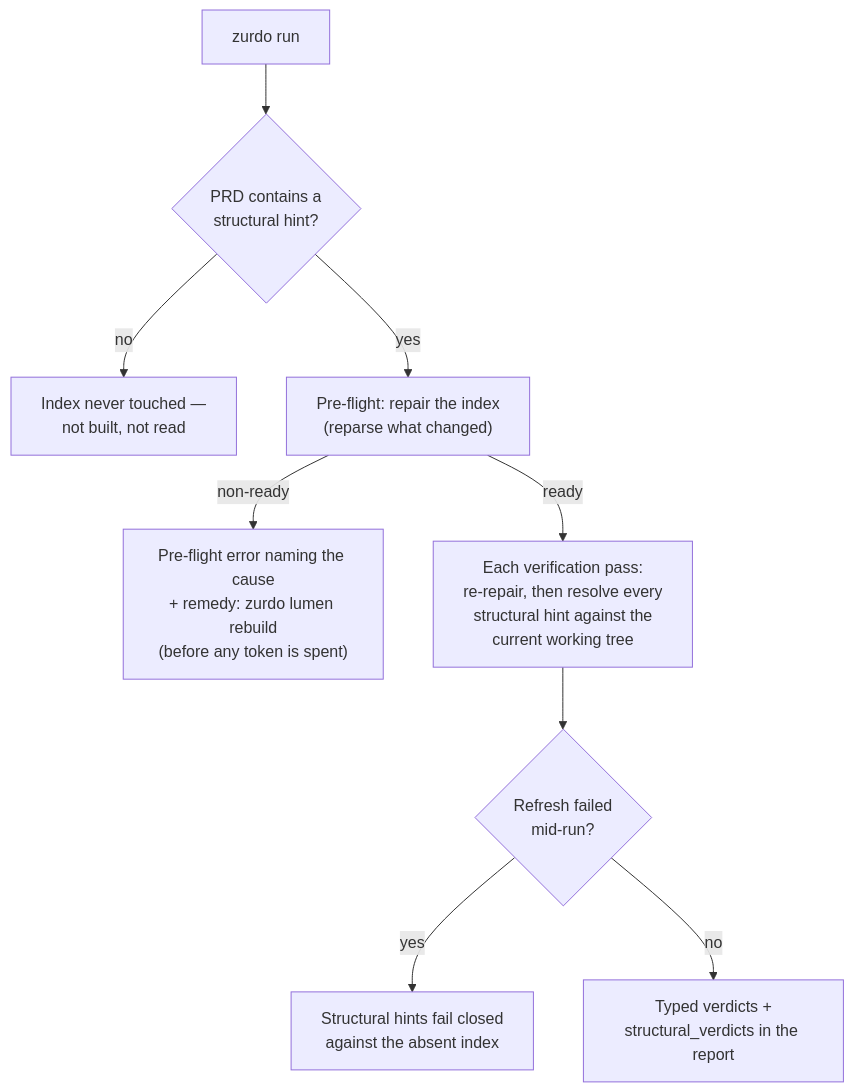
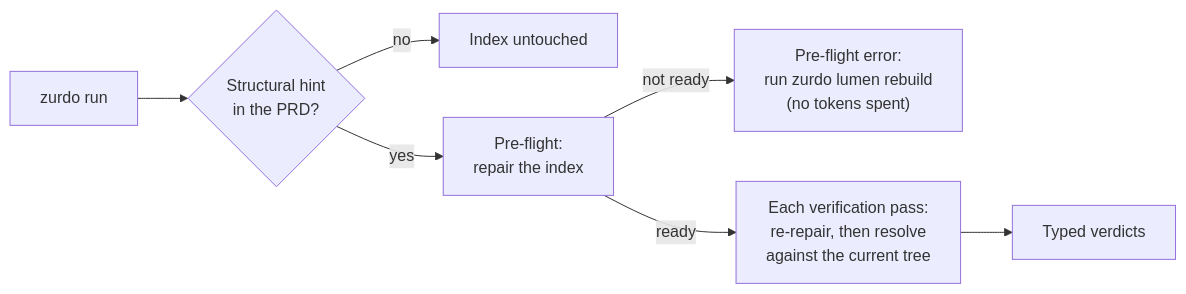
One commit to NumeronAI/zurdo.github.io changed the diagram in docs/lumen.md. Above: the diagram before and after it, drawn with Mermaid. The commit also changed other lines of this file and 17 other files, not shown here.

````diff
--- a/docs/lumen.md
+++ b/docs/lumen.md
@@ -71,11 +101,9 @@
 ```mermaid
-flowchart TD
-    RUN["zurdo run"] --> Q{"PRD contains a<br/>structural hint?"}
-    Q -->|no| SKIP["Index never touched —<br/>not built, not read"]
-    Q -->|yes| REPAIR["Pre-flight: repair the index<br/>(reparse what changed)"]
-    REPAIR -->|non-ready| FAIL["Pre-flight error naming the cause<br/>+ remedy: zurdo lumen rebuild<br/>(before any token is spent)"]
-    REPAIR -->|ready| VERIFY["Each verification pass:<br/>re-repair, then resolve every<br/>structural hint against the<br/>current working tree"]
-    VERIFY --> V{"Refresh failed<br/>mid-run?"}
-    V -->|yes| CLOSED["Structural hints fail closed<br/>against the absent index"]
-    V -->|no| VERDICT["Typed verdicts +<br/>structural_verdicts in the report"]
+flowchart LR
+    RUN["zurdo run"] --> Q{"Structural hint<br/>in the PRD?"}
+    Q -->|no| SKIP["Index untouched"]
+    Q -->|yes| REPAIR["Pre-flight:<br/>repair the index"]
+    REPAIR -->|not ready| FAIL["Pre-flight error:<br/>run zurdo lumen rebuild<br/>(no tokens spent)"]
+    REPAIR -->|ready| VERIFY["Each verification pass:<br/>re-repair, then resolve<br/>against the current tree"]
+    VERIFY --> VERDICT["Typed verdicts"]
 ```
````
